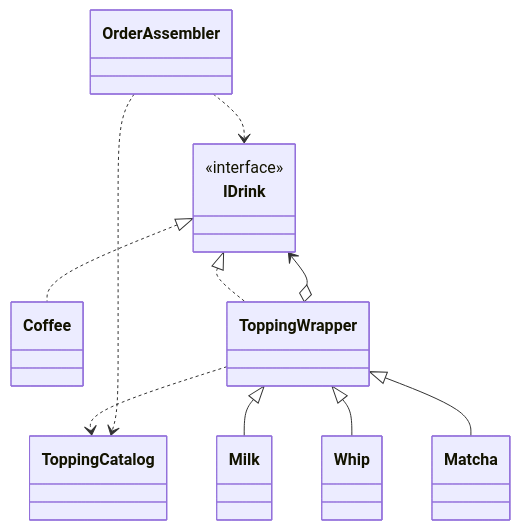
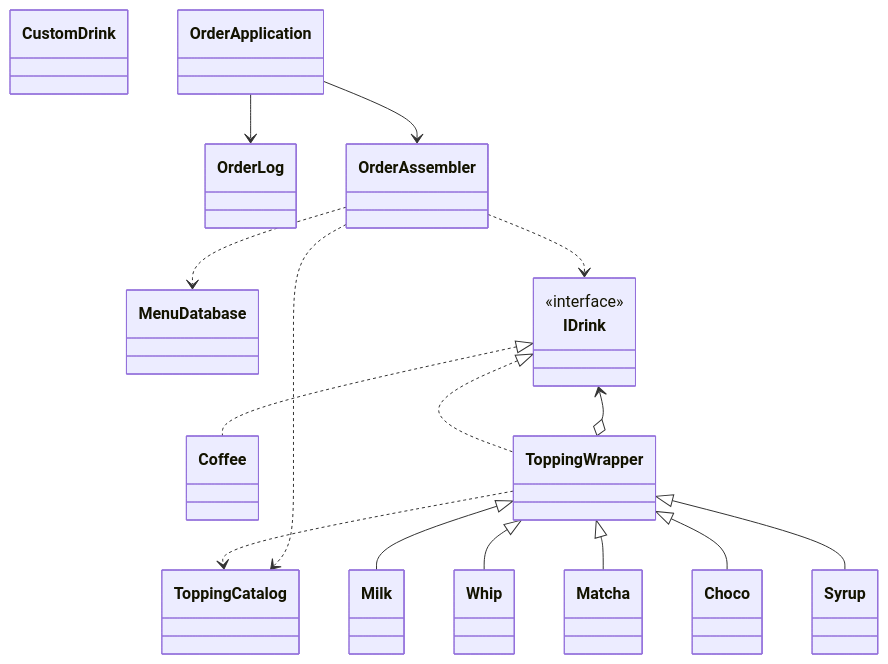
Before and after one commit to kumachan1101-pixel/DesignPattern: the eighth of 12 diagrams in kindle/design-patterns/output/chapter06.md, drawn with Mermaid. The commit also changed other lines of this file and 19 other files, not shown here.

````diff
--- a/kindle/design-patterns/output/chapter06.md
+++ b/kindle/design-patterns/output/chapter06.md
@@ -1713,20 +1579,31 @@
 ```mermaid
 classDiagram
+    class CustomDrink
+    class MenuDatabase
+    class Choco
+    class Syrup
+    class OrderApplication
+    class OrderLog
     class IDrink { <<interface>> }
     class Coffee
     class ToppingWrapper
     class Milk
     class Whip
     class Matcha
     class ToppingCatalog
     class OrderAssembler
     IDrink <|.. Coffee
     IDrink <|.. ToppingWrapper
     ToppingWrapper o--> IDrink
     ToppingWrapper <|-- Milk
     ToppingWrapper <|-- Whip
     ToppingWrapper <|-- Matcha
+    ToppingWrapper <|-- Choco
+    ToppingWrapper <|-- Syrup
     ToppingWrapper ..> ToppingCatalog
     OrderAssembler ..> ToppingCatalog
+    OrderAssembler ..> MenuDatabase
     OrderAssembler ..> IDrink
+    OrderApplication --> OrderAssembler
+    OrderApplication --> OrderLog
 ```
````
